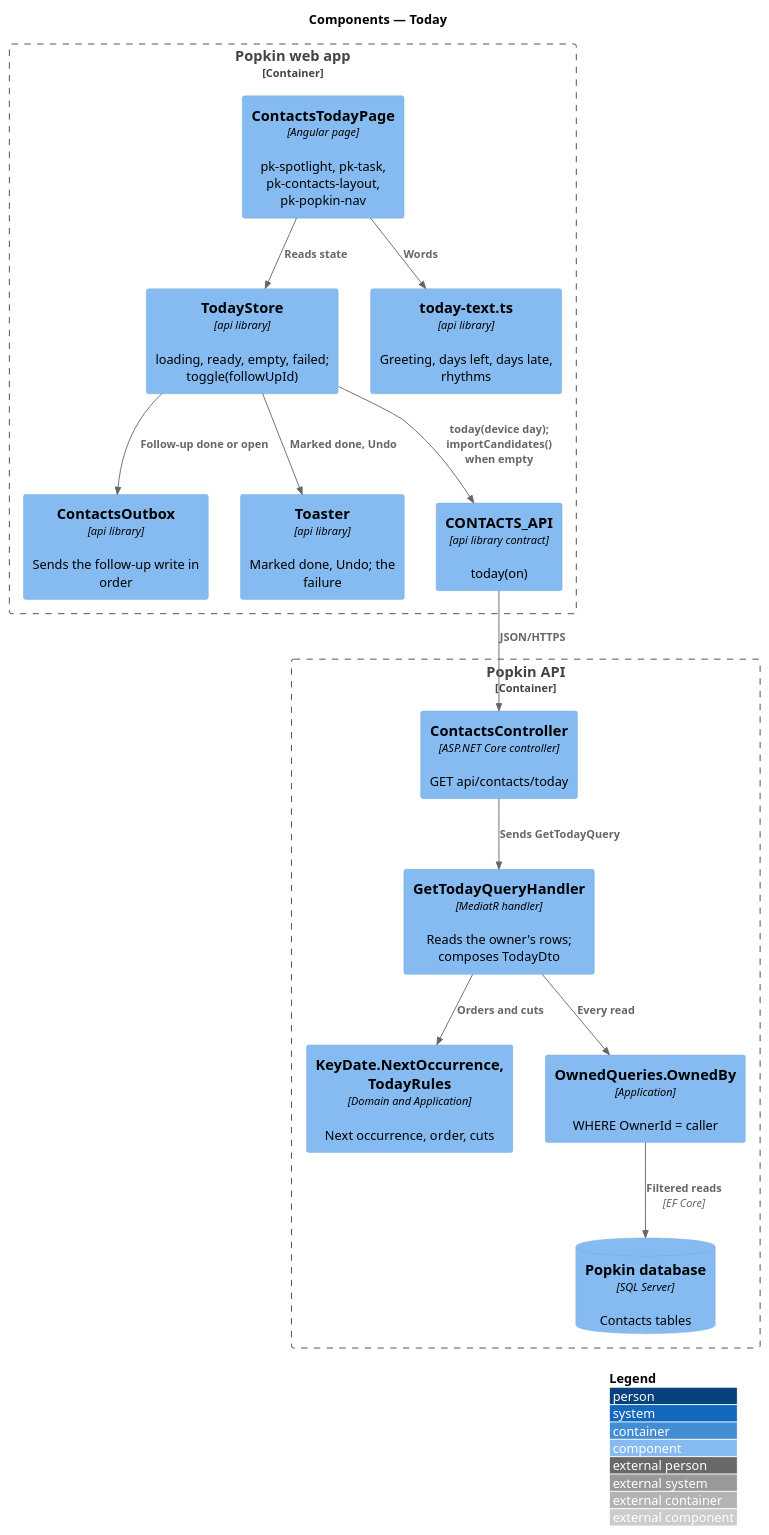
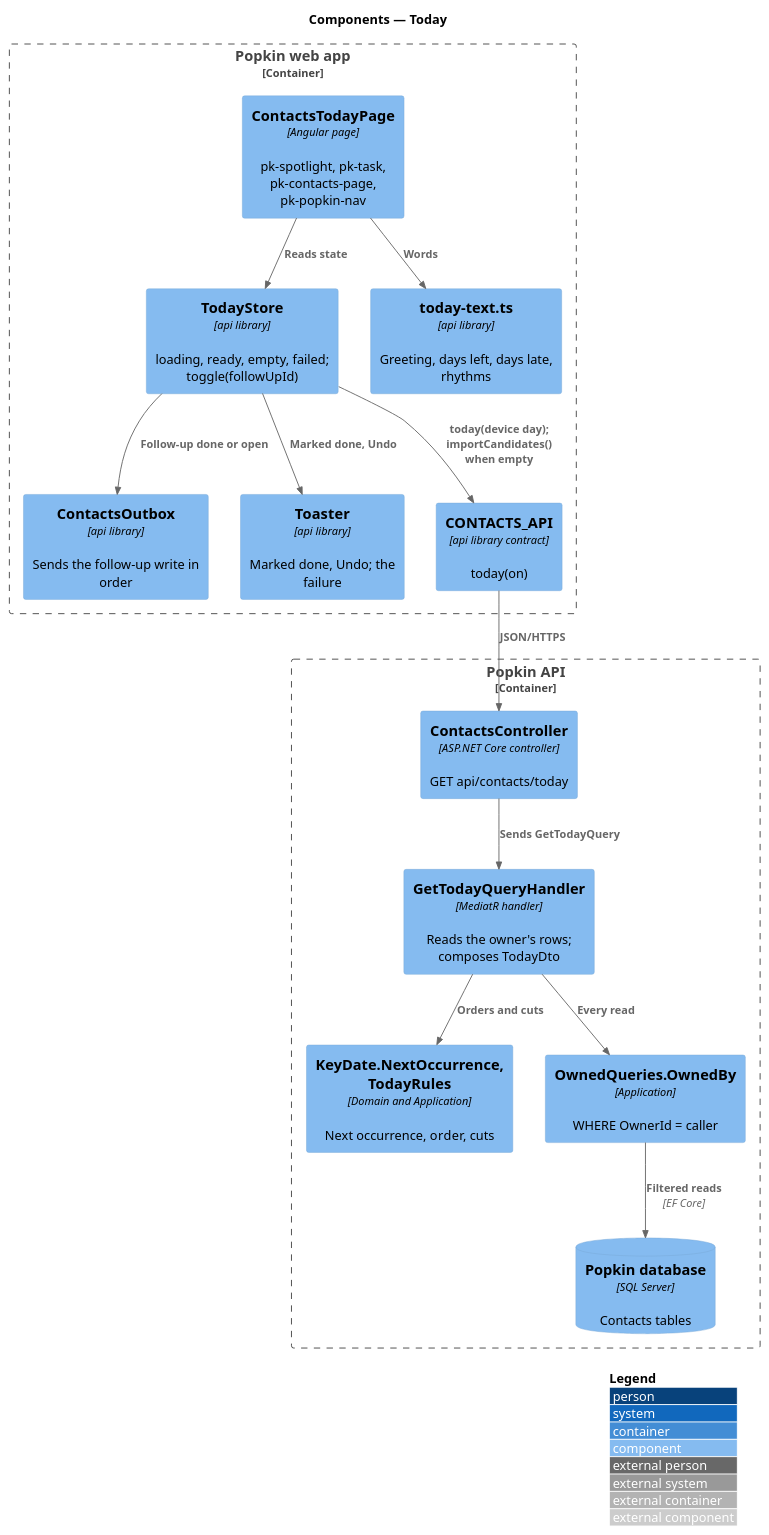
One commit to QuinntyneBrown/popkin changed the diagram in docs/detailed-designs/contacts/today/diagrams/c4-component.puml. Above: the diagram before and after it, drawn with PlantUML. The commit also changed 17 other files, not shown here.

```diff
--- a/docs/detailed-designs/contacts/today/diagrams/c4-component.puml
+++ b/docs/detailed-designs/contacts/today/diagrams/c4-component.puml
@@ -1,31 +1,31 @@
 @startuml
 !include <C4/C4_Component>
 LAYOUT_WITH_LEGEND()
 title Components — Today
 
 Container_Boundary(web, "Popkin web app") {
-  Component(page, "ContactsTodayPage", "Angular page", "pk-spotlight, pk-task, pk-contacts-layout, pk-popkin-nav")
+  Component(page, "ContactsTodayPage", "Angular page", "pk-spotlight, pk-task, pk-contacts-page, pk-popkin-nav")
   Component(store, "TodayStore", "api library", "loading, ready, empty, failed; toggle(followUpId)")
   Component(text, "today-text.ts", "api library", "Greeting, days left, days late, rhythms")
   Component(outbox, "ContactsOutbox", "api library", "Sends the follow-up write in order")
   Component(toaster, "Toaster", "api library", "Marked done, Undo; the failure")
   Component(client, "CONTACTS_API", "api library contract", "today(on)")
 }
 Container_Boundary(api, "Popkin API") {
   Component(ctrl, "ContactsController", "ASP.NET Core controller", "GET api/contacts/today")
   Component(handler, "GetTodayQueryHandler", "MediatR handler", "Reads the owner's rows; composes TodayDto")
   Component(rules, "KeyDate.NextOccurrence, TodayRules", "Domain and Application", "Next occurrence, order, cuts")
   Component(owned, "OwnedQueries.OwnedBy", "Application", "WHERE OwnerId = caller")
   ComponentDb(db, "Popkin database", "SQL Server", "Contacts tables")
 }
 Rel(page, store, "Reads state")
 Rel(page, text, "Words")
 Rel(store, client, "today(device day); importCandidates() when empty")
 Rel(store, outbox, "Follow-up done or open")
 Rel(store, toaster, "Marked done, Undo")
 Rel(client, ctrl, "JSON/HTTPS")
 Rel(ctrl, handler, "Sends GetTodayQuery")
 Rel(handler, owned, "Every read")
 Rel(handler, rules, "Orders and cuts")
 Rel(owned, db, "Filtered reads", "EF Core")
 @enduml
```
